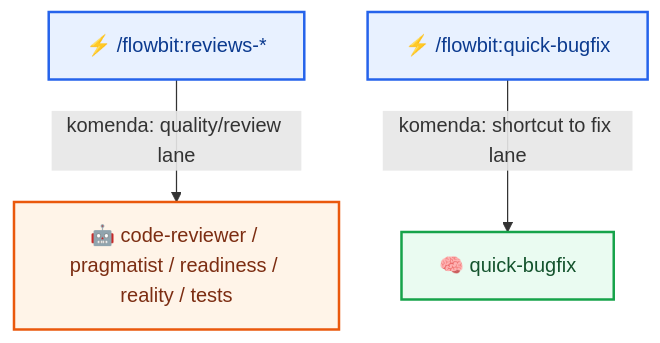
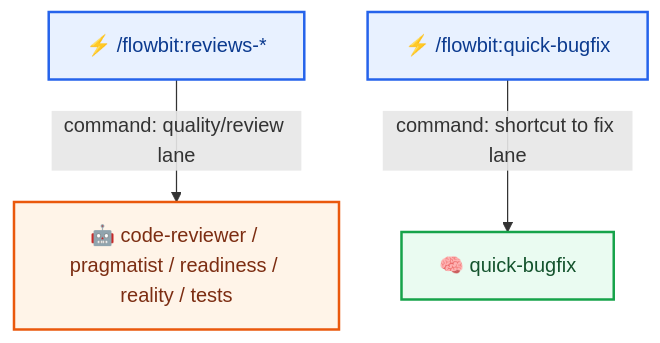
Before and after one commit to plucins/flowbit: the seventh of 8 diagrams in docs/flow/overview.md, drawn with Mermaid. The commit also changed other lines of this file and 11 other files, not shown here.

````diff
--- a/docs/flow/overview.md
+++ b/docs/flow/overview.md
@@ -224,12 +238,12 @@
 ```mermaid
 graph TD
-  REV["⚡ /flowbit:reviews-*"] -- "komenda: quality/review lane" --> A_QUALITY["🤖 code-reviewer / pragmatist / readiness / reality / tests"]
-  QBUG["⚡ /flowbit:quick-bugfix"] -- "komenda: shortcut to fix lane" --> S_QBUG["🧠 quick-bugfix"]
+  REV["⚡ /flowbit:reviews-*"] -- "command: quality/review lane" --> A_QUALITY["🤖 code-reviewer / pragmatist / readiness / reality / tests"]
+  QBUG["⚡ /flowbit:quick-bugfix"] -- "command: shortcut to fix lane" --> S_QBUG["🧠 quick-bugfix"]
 
   classDef cmd fill:#E8F1FF,stroke:#2563EB,stroke-width:2px,color:#0B3A8F;
   classDef skill fill:#EAFBF1,stroke:#16A34A,stroke-width:2px,color:#14532D;
   classDef agent fill:#FFF4E8,stroke:#EA580C,stroke-width:2px,color:#7C2D12;
   class REV,QBUG cmd;
   class S_QBUG skill;
   class A_QUALITY agent;
 ```
````
